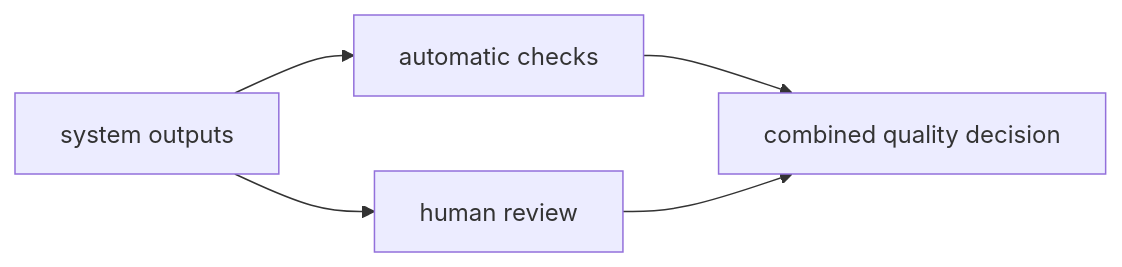
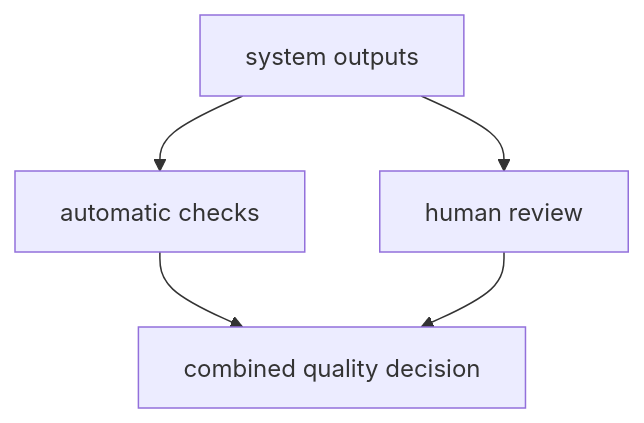
The diagram in docs/parts/part-05/chapter-15/section-02.md (devchan64/AiBook), drawn with Mermaid before and after one commit. The commit also changed other lines of this file and 35 other files, not shown here.

Commit message:
docs(part-04,part-05): strengthen cases and diagrams

````diff
--- a/docs/parts/part-05/chapter-15/section-02.md
+++ b/docs/parts/part-05/chapter-15/section-02.md
@@ -122,10 +122,12 @@
 ```mermaid
-flowchart LR
+flowchart TD
   A["system outputs"]
   B["automatic checks"]
   C["human review"]
   D["combined quality decision"]
 
-  A --> B --> D
-  A --> C --> D
+  A --> B
+  A --> C
+  B --> D
+  C --> D
 ```
````
